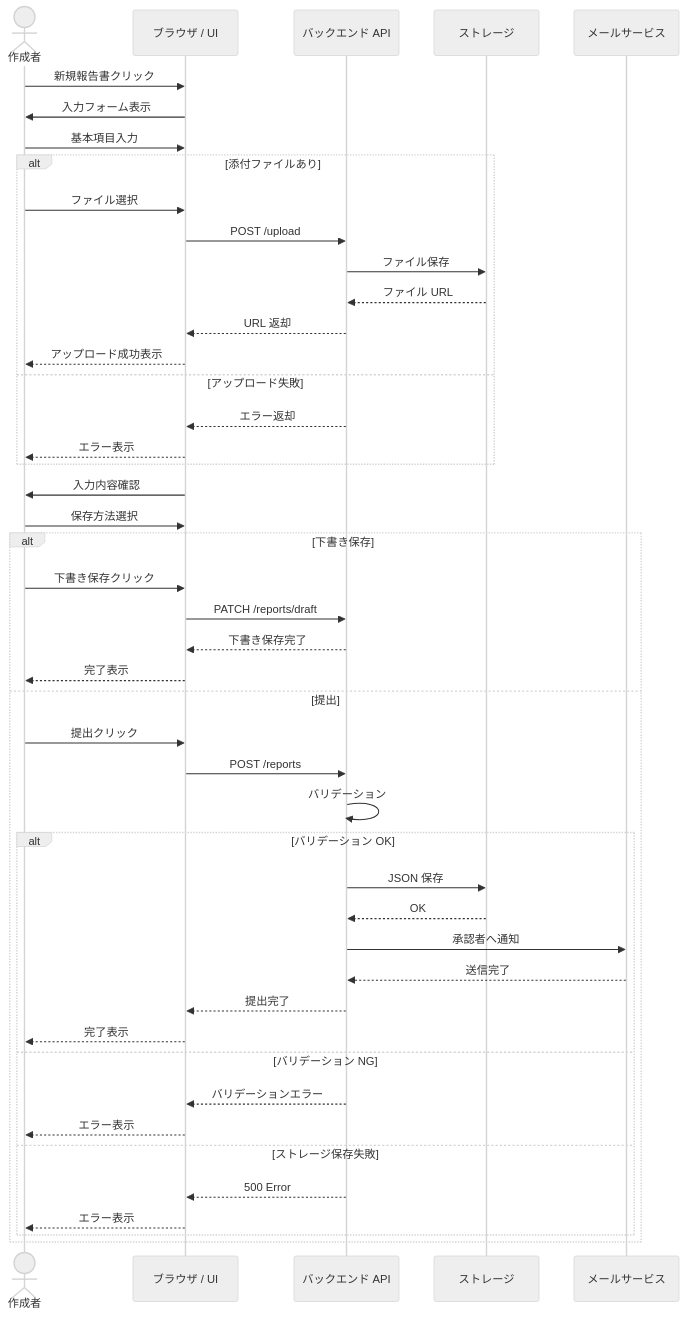
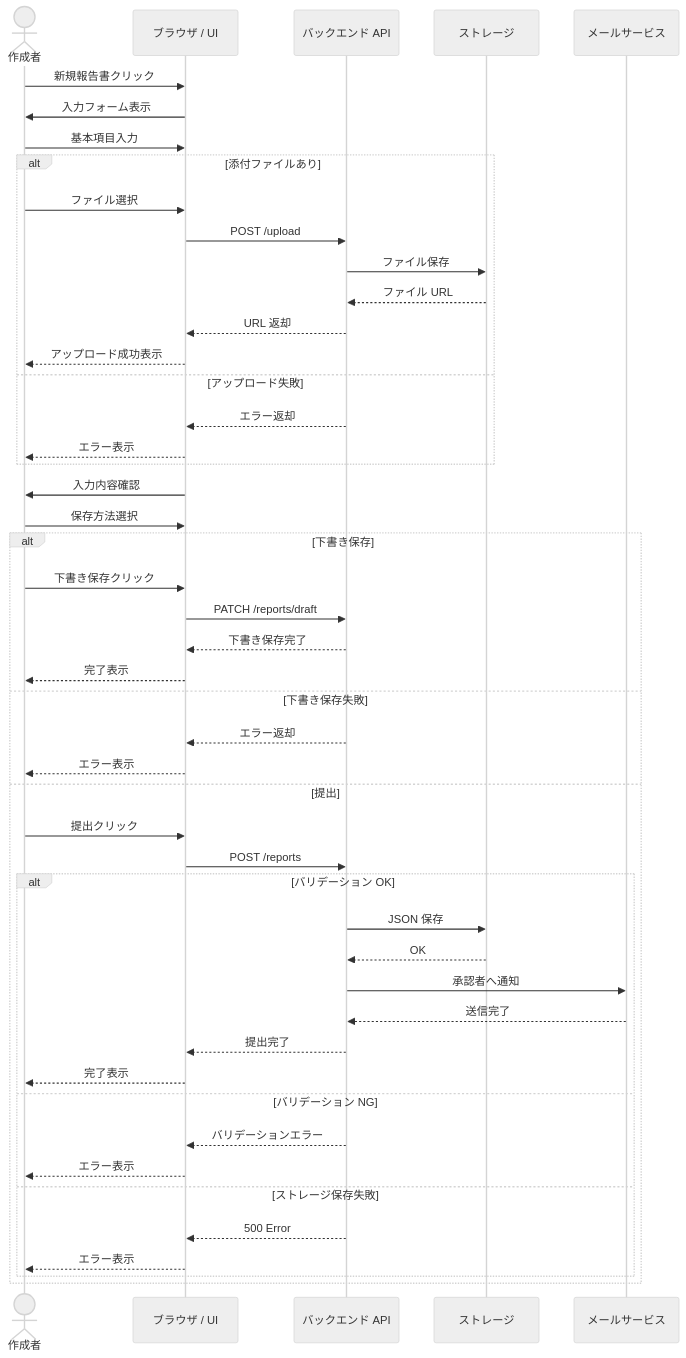
The diagram in seq.md (MineyamaHiyori/detailed_architect), drawn with Mermaid (neutral theme) before and after one commit.

Commit message:
Update seq.md
下書き保存失敗のシーケンスを追加しました。

````diff
--- a/seq.md
+++ b/seq.md
@@ -1,48 +1,50 @@
 ```mermaid
 sequenceDiagram
     actor   User      as 作成者
     participant UI    as ブラウザ / UI
     participant API   as バックエンド API
     participant Store as ストレージ
     participant Mail  as メールサービス
     User  ->> UI  : 新規報告書クリック
     UI    ->> User: 入力フォーム表示
     User  ->> UI  : 基本項目入力
     alt 添付ファイルあり
         User  ->> UI  : ファイル選択
         UI    ->> API : POST /upload
         API   ->> Store: ファイル保存
         Store -->> API : ファイル URL
         API  -->> UI   : URL 返却
         UI   -->> User : アップロード成功表示
     else アップロード失敗
         API  -->> UI   : エラー返却
         UI   -->> User : エラー表示
     end
     UI   ->> User : 入力内容確認
     User ->> UI   : 保存方法選択
     alt 下書き保存
         User ->> UI  : 下書き保存クリック
         UI   ->> API : PATCH /reports/draft
         API  -->> UI : 下書き保存完了
         UI   -->> User: 完了表示
+    else 下書き保存失敗
+        API  -->> UI   : エラー返却
+        UI   -->> User : エラー表示
     else 提出
         User ->> UI  : 提出クリック
         UI   ->> API : POST /reports
-        API  ->> API : バリデーション
         alt バリデーション OK
             API   ->> Store: JSON 保存
             Store -->> API  : OK
             API   ->> Mail : 承認者へ通知
             Mail  -->> API : 送信完了
             API  -->> UI  : 提出完了
             UI   -->> User: 完了表示
         else バリデーション NG
             API  -->> UI  : バリデーションエラー
             UI   -->> User: エラー表示
         else ストレージ保存失敗
             API  -->> UI  : 500 Error
             UI   -->> User: エラー表示
         end
     end
 ```
````
